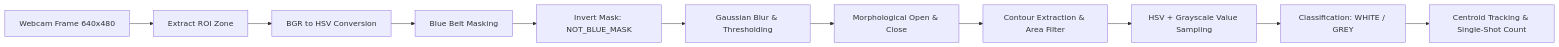
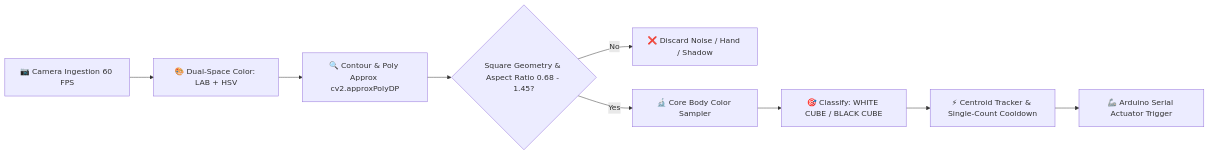
The diagram in README.md (Hemanth-08-RA/Conveyor_Sorting-Using-Physical-AI), drawn with Mermaid before and after one commit. The commit also changed other lines of this file and 4 other files, not shown here.

````diff
--- a/README.md
+++ b/README.md
@@ -36,13 +64,11 @@
 ```mermaid
 flowchart LR
-    A[Webcam Frame 640x480] --> B[Extract ROI Zone]
-    B --> C[BGR to HSV Conversion]
-    C --> D[Blue Belt Masking]
-    D --> E[Invert Mask: NOT_BLUE_MASK]
-    E --> F[Gaussian Blur & Thresholding]
-    F --> G[Morphological Open & Close]
-    G --> H[Contour Extraction & Area Filter]
-    H --> I[HSV + Grayscale Value Sampling]
-    I --> J[Classification: WHITE / GREY]
-    J --> K[Centroid Tracking & Single-Shot Count]
+    A[📷 Camera Ingestion 60 FPS] --> B[🎨 Dual-Space Color: LAB + HSV]
+    B --> C[🔍 Contour & Poly Approx cv2.approxPolyDP]
+    C --> D{Square Geometry & Aspect Ratio 0.68 - 1.45?}
+    D -- No --> E[❌ Discard Noise / Hand / Shadow]
+    D -- Yes --> F[🔬 Core Body Color Sampler]
+    F --> G[🎯 Classify: WHITE CUBE / BLACK CUBE]
+    G --> H[⚡ Centroid Tracker & Single-Count Cooldown]
+    H --> I[🦾 Arduino Serial Actuator Trigger]
 ```
````
